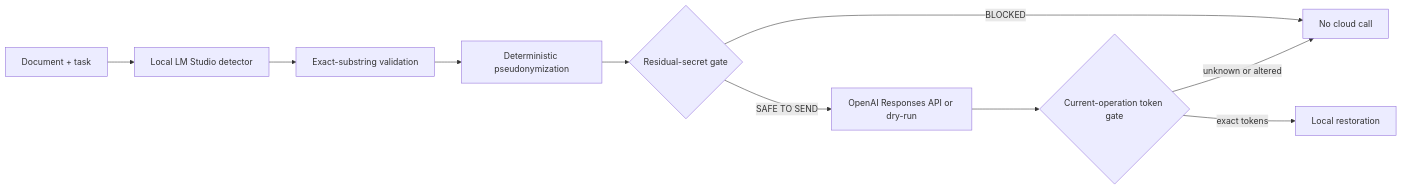
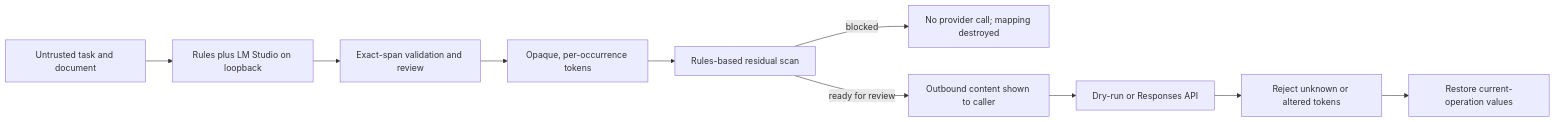
Before and after one commit to AI-Danil/pii-airlock: the diagram in README.md, drawn with Mermaid. The commit also changed other lines of this file and 72 other files, not shown here.

First line of the commit message:
Enforce reviewer authorization before cloud send, re-run the benchmark, restructure the case study (#1)

````diff
--- a/README.md
+++ b/README.md
@@ -22,12 +13,12 @@
 ```mermaid
 flowchart LR
-    A["Document + task"] --> B["Local LM Studio detector"]
-    B --> C["Exact-substring validation"]
-    C --> D["Deterministic pseudonymization"]
-    D --> E{"Residual-secret gate"}
-    E -->|BLOCKED| X["No cloud call"]
-    E -->|SAFE TO SEND| F["OpenAI Responses API or dry-run"]
-    F --> G{"Current-operation token gate"}
-    G -->|unknown or altered| X
-    G -->|exact tokens| H["Local restoration"]
+    A["Untrusted task and document"] --> B["Rules plus LM Studio on loopback"]
+    B --> C["Exact-span validation and review"]
+    C --> D["Opaque, per-occurrence tokens"]
+    D --> E["Rules-based residual scan"]
+    E -->|blocked| X["No provider call; mapping destroyed"]
+    E -->|ready for review| R["Outbound content shown to caller"]
+    R --> F["Dry-run or Responses API"]
+    F --> G["Reject unknown or altered tokens"]
+    G --> H["Restore current-operation values"]
 ```
````
